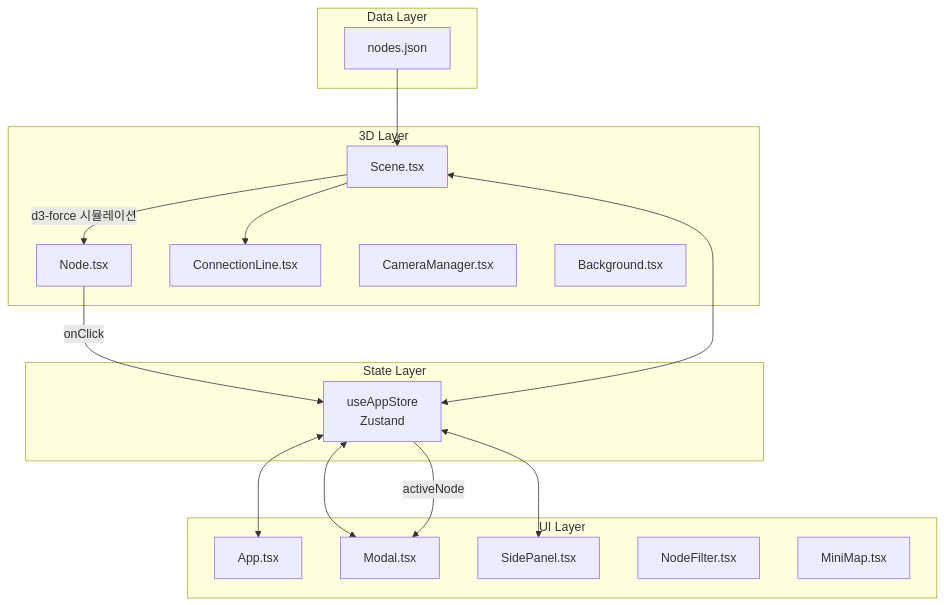
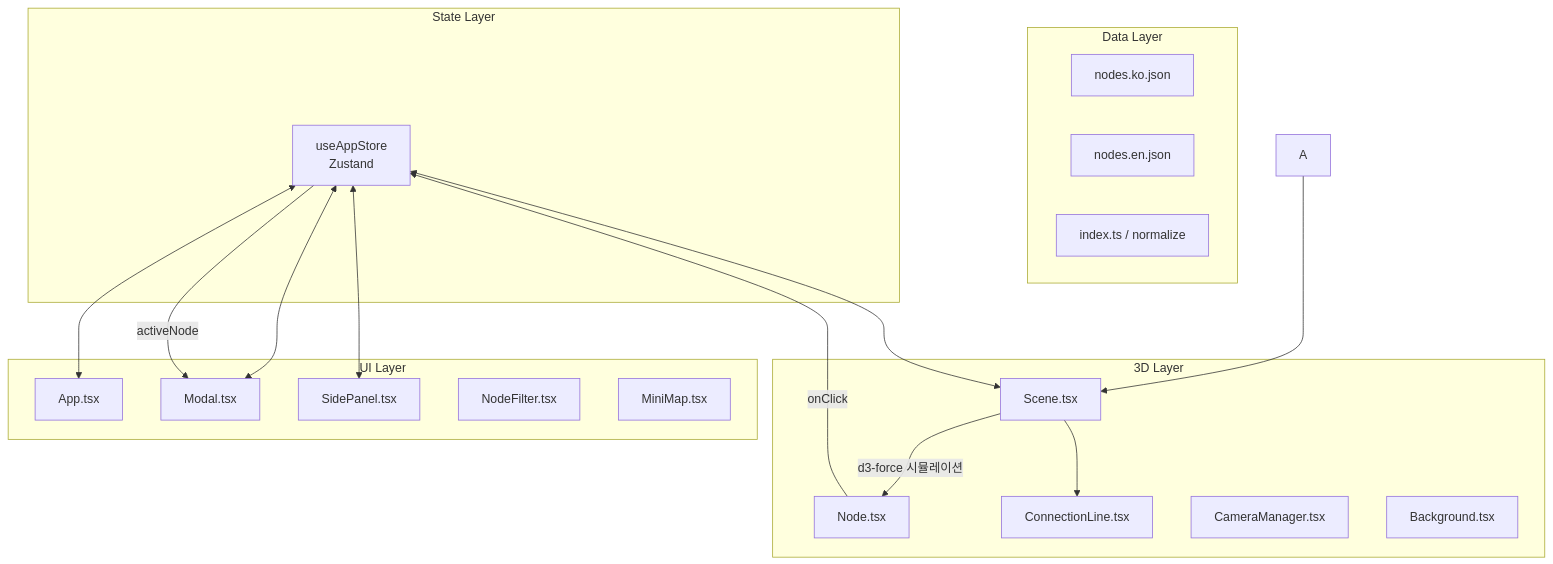
One commit to sleepyMS/MS-Mind changed the first of 3 diagrams in docs/ARCHITECTURE.md. Above: the diagram before and after it, drawn with Mermaid. The commit also changed other lines of this file and 4 other files, not shown here.

````diff
--- a/docs/ARCHITECTURE.md
+++ b/docs/ARCHITECTURE.md
@@ -23,36 +23,38 @@
 ```mermaid
 graph TB
     subgraph Data Layer
-        A[nodes.json]
+        A1[nodes.ko.json]
+        A2[nodes.en.json]
+        A3[index.ts / normalize]
     end
 
     subgraph State Layer
         B[useAppStore<br/>Zustand]
     end
 
     subgraph 3D Layer
         C[Scene.tsx]
         D[Node.tsx]
         E[ConnectionLine.tsx]
         F[CameraManager.tsx]
         G[Background.tsx]
     end
 
     subgraph UI Layer
         H[App.tsx]
         I[Modal.tsx]
         J[SidePanel.tsx]
         K[NodeFilter.tsx]
         L[MiniMap.tsx]
     end
 
     A --> C
     C --> |d3-force 시뮬레이션| D
     C --> E
     B <--> H
     B <--> C
     B <--> I
     B <--> J
     D --> |onClick| B
     B --> |activeNode| I
 ```
````
